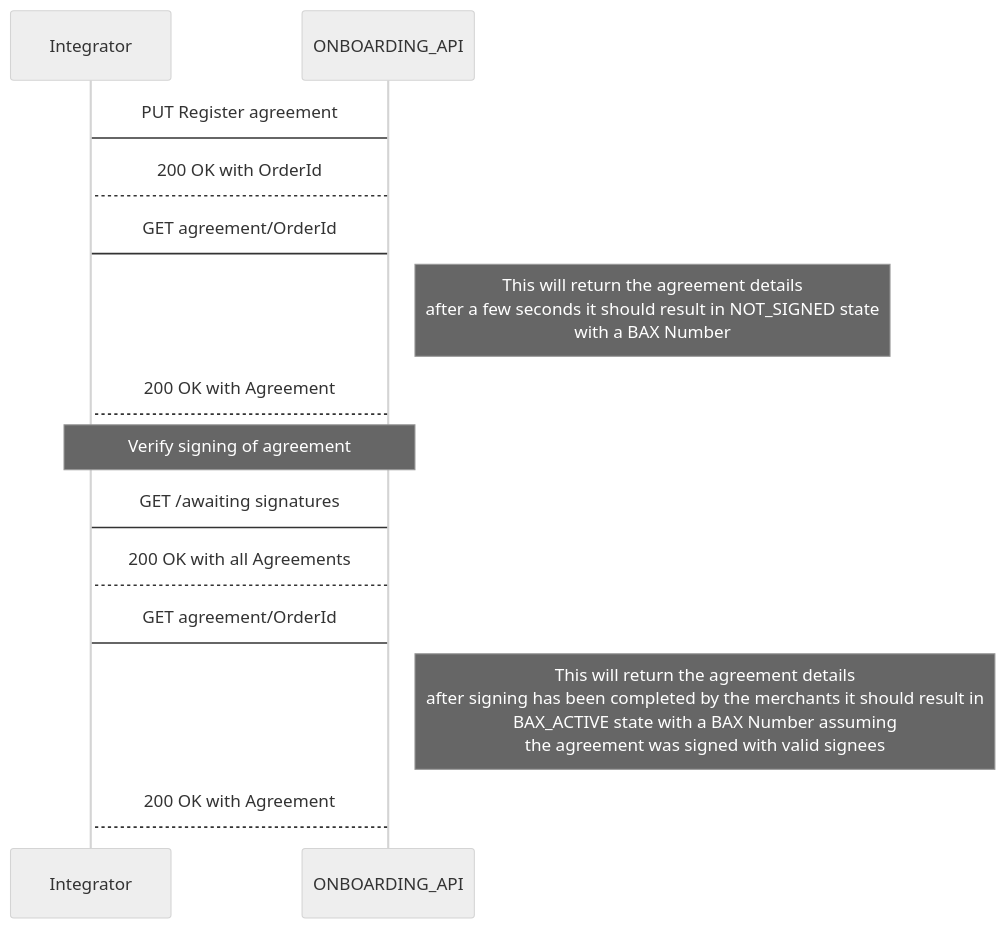
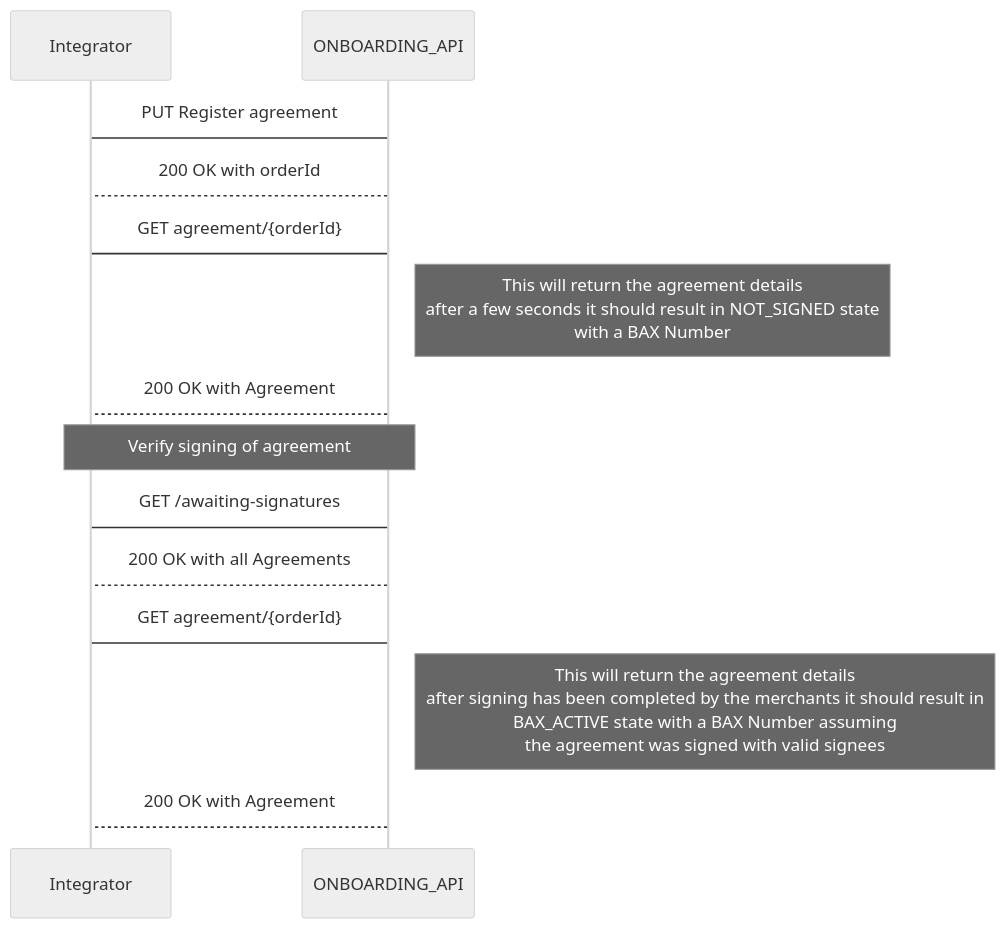
The first of 5 diagrams in docs/getting_started.md (BankAxept/bankaxept-onboarding-external-documentation), drawn with Mermaid (neutral theme) before and after one commit. The commit also changed other lines of this file, not shown here.

````diff
--- a/docs/getting_started.md
+++ b/docs/getting_started.md
@@ -21,18 +21,18 @@
 ```mermaid
 sequenceDiagram
 participant Integrator
 participant ONBOARDING_API
 
 Integrator -> ONBOARDING_API: PUT Register agreement
-ONBOARDING_API --> Integrator: 200 OK with OrderId
-Integrator -> ONBOARDING_API : GET agreement/OrderId
+ONBOARDING_API --> Integrator: 200 OK with orderId
+Integrator -> ONBOARDING_API : GET agreement/{orderId}
 
 note right of ONBOARDING_API: This will return the agreement details <br/> after a few seconds it should result in NOT_SIGNED state <br/> with a BAX Number
 ONBOARDING_API --> Integrator: 200 OK with Agreement
 note over Integrator, ONBOARDING_API: Verify signing of agreement
-Integrator -> ONBOARDING_API: GET /awaiting signatures
+Integrator -> ONBOARDING_API: GET /awaiting-signatures
 ONBOARDING_API --> Integrator: 200 OK with all Agreements
-Integrator -> ONBOARDING_API : GET agreement/OrderId
+Integrator -> ONBOARDING_API : GET agreement/{orderId}
 note right of ONBOARDING_API: This will return the agreement details <br/> after signing has been completed by the merchants  it should result in <br/> BAX_ACTIVE state with a BAX Number assuming <br/> the agreement was signed with valid signees
 ONBOARDING_API --> Integrator: 200 OK with Agreement
 ```
````
